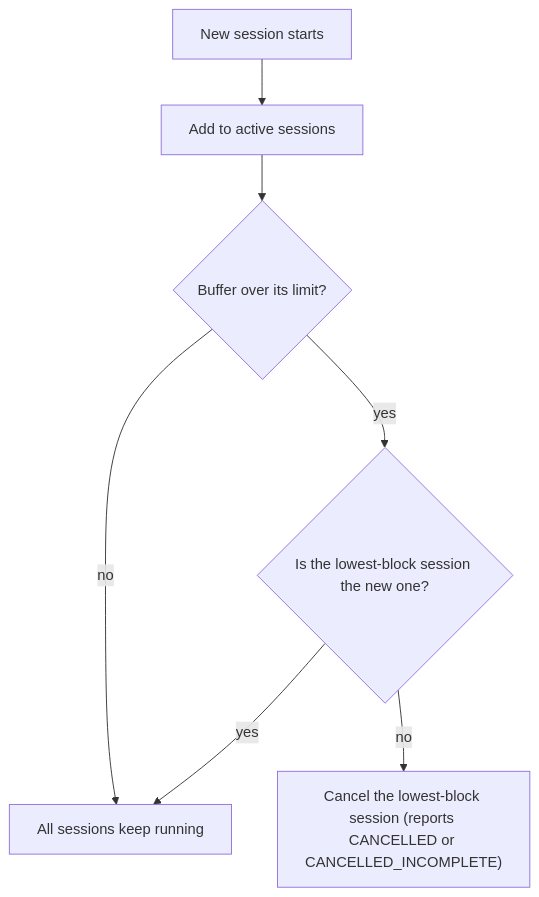
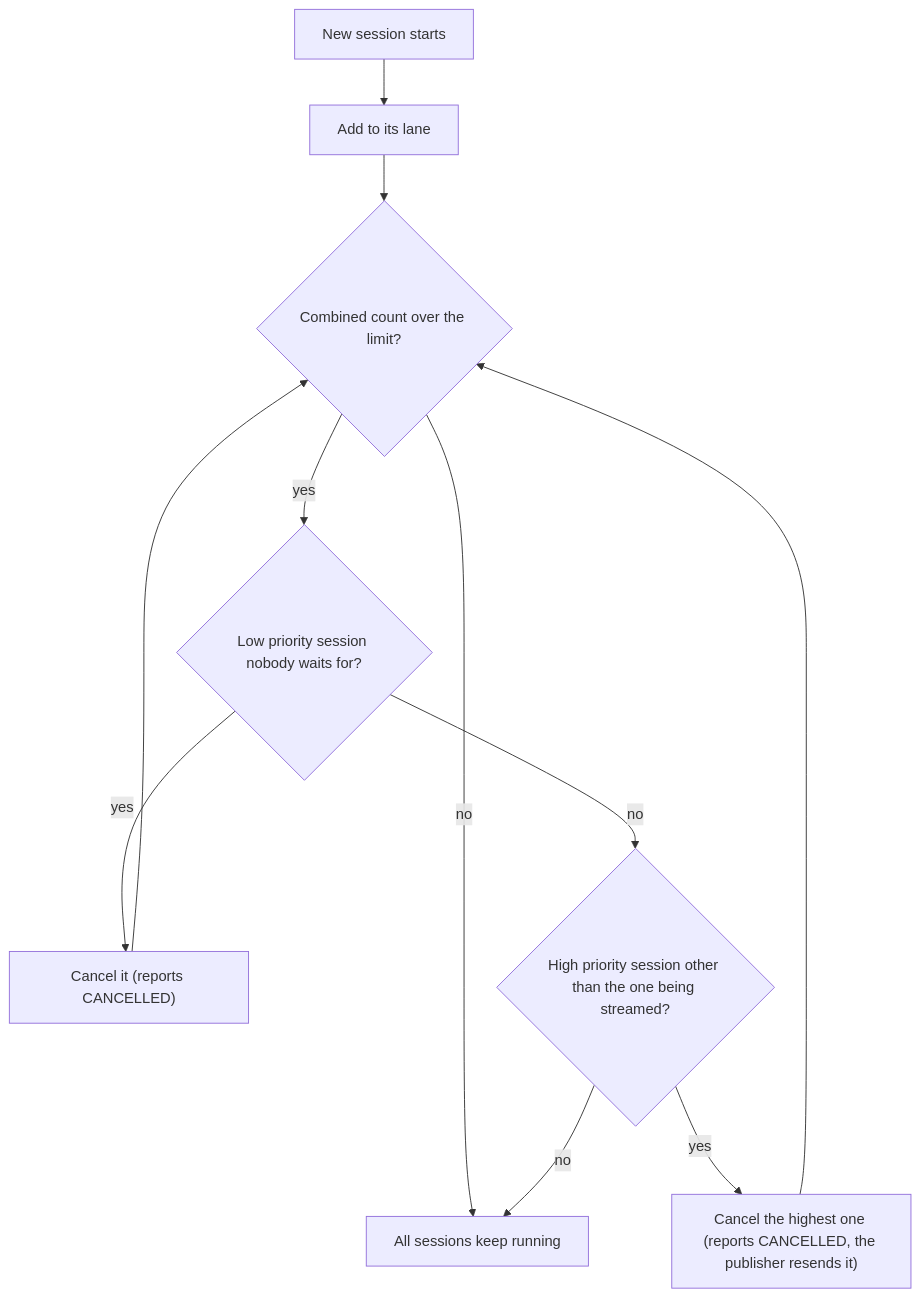
The fifth of 5 diagrams in docs/design/block-verification.md (hiero-ledger/hiero-block-node), drawn with Mermaid before and after one commit. The commit also changed other lines of this file and 17 other files, not shown here.

````diff
--- a/docs/design/block-verification.md
+++ b/docs/design/block-verification.md
@@ -326,9 +363,13 @@
 ```mermaid
 flowchart TD
-    NS[New session starts] --> ADD[Add to active sessions]
-    ADD --> FULL{Buffer over its limit?}
+    NS[New session starts] --> ADD[Add to its lane]
+    ADD --> FULL{"Combined count over the limit?"}
     FULL -- no --> RUN[All sessions keep running]
-    FULL -- yes --> LOW{"Is the lowest-block session the new one?"}
-    LOW -- no --> CANCEL["Cancel the lowest-block session (reports CANCELLED or CANCELLED_INCOMPLETE)"]
-    LOW -- yes --> RUN
+    FULL -- yes --> NP{"Low priority session nobody waits for?"}
+    NP -- yes --> C1["Cancel it (reports CANCELLED)"]
+    NP -- no --> PUB{"High priority session other than the one being streamed?"}
+    PUB -- yes --> C2["Cancel the highest one (reports CANCELLED, the publisher resends it)"]
+    PUB -- no --> RUN
+    C1 --> FULL
+    C2 --> FULL
 ```
````
